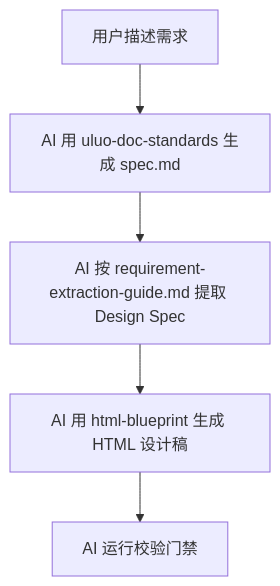
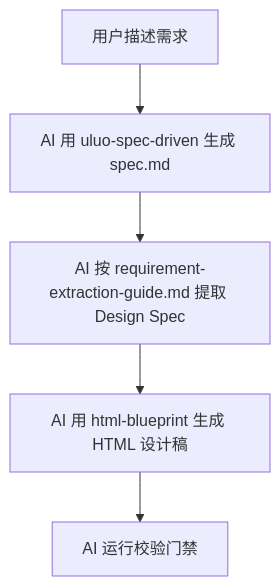
The first of 3 diagrams in skills/html-blueprint/SKILL.md (YuluoY/claude-uluo), drawn with Mermaid before and after one commit. The commit also changed other lines of this file and 70 other files, not shown here.

First line of the commit message:
refactor: uluo-doc-standards 重命名为 uluo-spec-driven + 多文档更新

````diff
--- a/skills/html-blueprint/SKILL.md
+++ b/skills/html-blueprint/SKILL.md
@@ -19,7 +19,7 @@
 ```mermaid
 flowchart TD
-    A[用户描述需求] --> B[AI 用 uluo-doc-standards 生成 spec.md]
+    A[用户描述需求] --> B[AI 用 uluo-spec-driven 生成 spec.md]
     B --> C[AI 按 requirement-extraction-guide.md 提取 Design Spec]
     C --> D[AI 用 html-blueprint 生成 HTML 设计稿]
     D --> E[AI 运行校验门禁]
 ```
````
